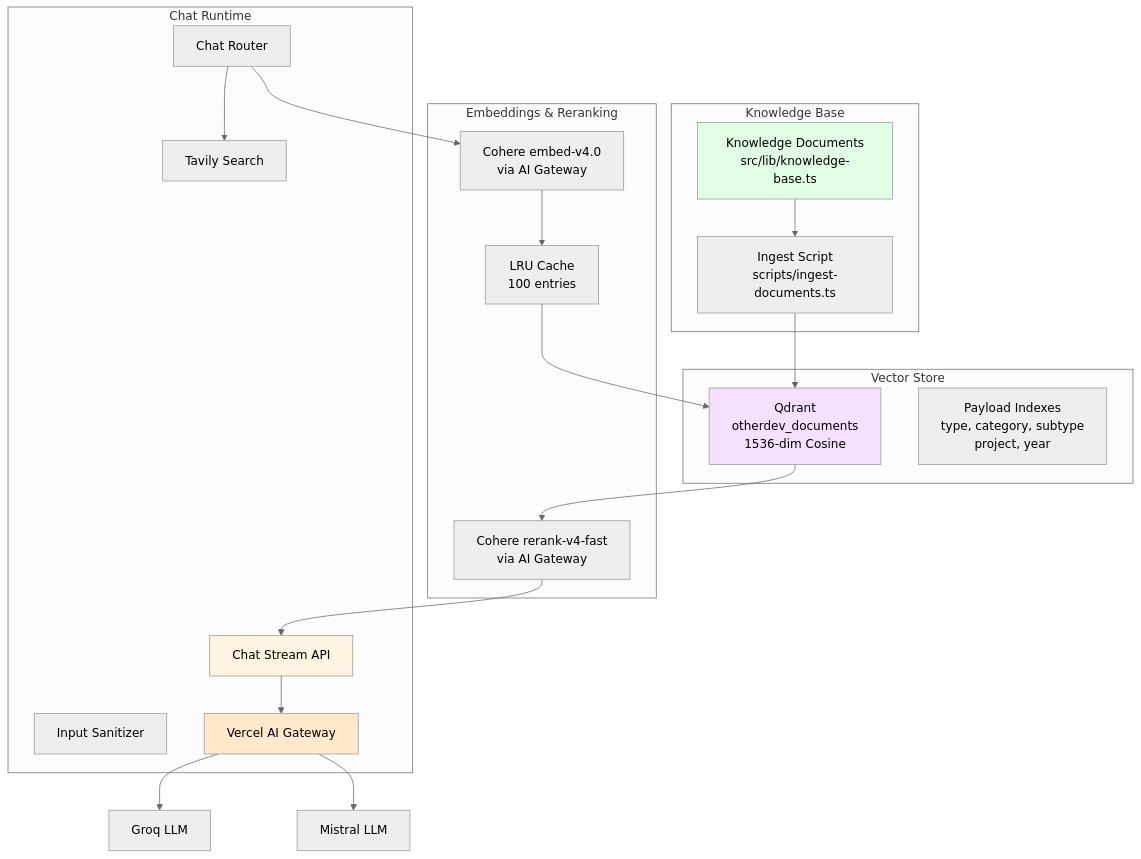
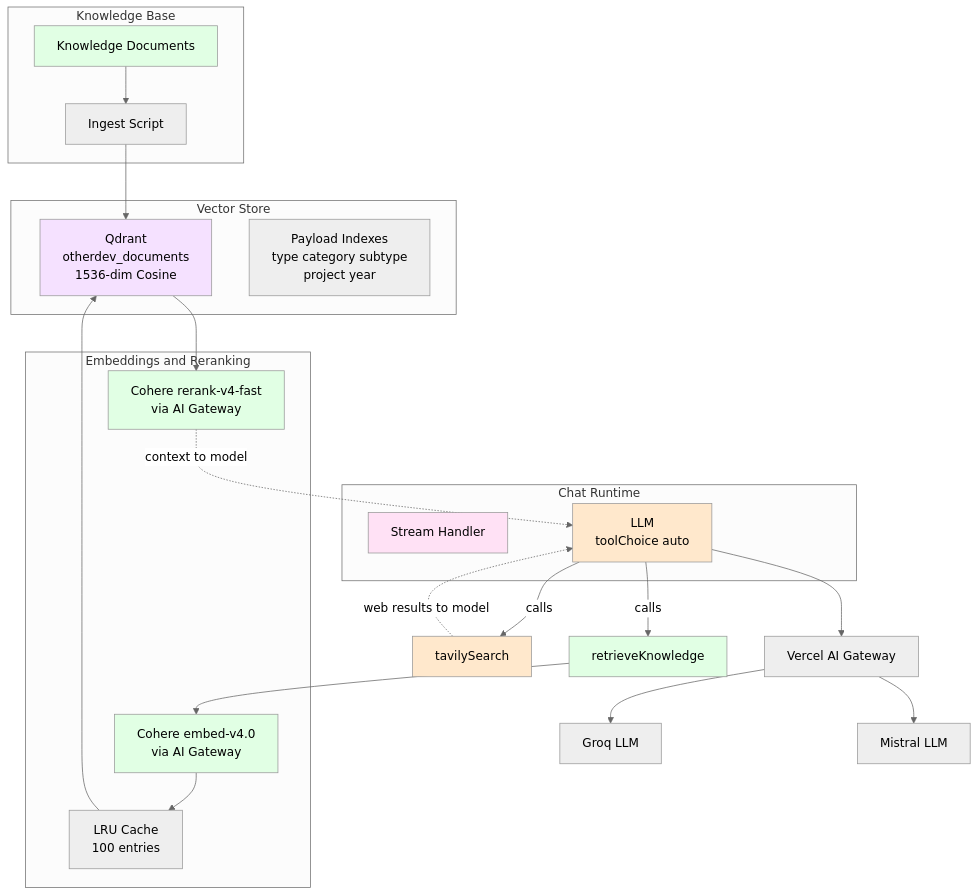
Before and after one commit to ossaidqadri/otherdev.web-02: the eighth of 11 diagrams in web/docs/ARCHITECTURE.md, drawn with Mermaid (neutral theme). The commit also changed other lines of this file, not shown here.

First line of the commit message:
docs: fix all RAG pipeline diagrams to match tool-driven architecture

````diff
--- a/web/docs/ARCHITECTURE.md
+++ b/web/docs/ARCHITECTURE.md
@@ -662,47 +672,50 @@
 ```mermaid
 graph TB
     subgraph "Knowledge Base"
-        KB[Knowledge Documents<br/>src/lib/knowledge-base.ts]
-        Ingest[Ingest Script<br/>scripts/ingest-documents.ts]
+        KB[Knowledge Documents]
+        Ingest[Ingest Script]
     end
 
     subgraph "Vector Store"
         Qdrant[Qdrant<br/>otherdev_documents<br/>1536-dim Cosine]
-        Payloads[Payload Indexes<br/>type, category, subtype<br/>project, year]
+        Payloads[Payload Indexes<br/>type category subtype<br/>project year]
     end
 
-    subgraph "Embeddings & Reranking"
+    subgraph "Embeddings and Reranking"
         CohereEmbed[Cohere embed-v4.0<br/>via AI Gateway]
+        LRUCache[LRU Cache<br/>100 entries]
         CohereRerank[Cohere rerank-v4-fast<br/>via AI Gateway]
-        LRUCache[LRU Cache<br/>100 entries]
     end
 
     subgraph "Chat Runtime"
-        API[Chat Stream API]
-        Router[Chat Router]
-        Sanitize[Input Sanitizer]
-        Gateway[Vercel AI Gateway]
-        Tavily[Tavily Search]
+        StreamHandler[Stream Handler]
+        LLM[LLM<br/>toolChoice auto]
     end
 
     KB --> Ingest
     Ingest --> Qdrant
 
-    Router --> CohereEmbed
+    LLM -->|calls| TK[retrieveKnowledge]
+    LLM -->|calls| TV[tavilySearch]
+
+    TK --> CohereEmbed
     CohereEmbed --> LRUCache
     LRUCache --> Qdrant
 
     Qdrant --> CohereRerank
-    CohereRerank --> API
+    CohereRerank -.->|context to model| LLM
+    TV -.->|web results to model| LLM
 
-    API --> Gateway
+    LLM --> Gateway[Vercel AI Gateway]
     Gateway --> GroqGroq[Groq LLM]
     Gateway --> Mistral[Mistral LLM]
 
-    Router --> Tavily
-
     style KB fill:#e1ffe4
+    style StreamHandler fill:#ffe1f5
+    style LLM fill:#ffe8cc
+    style TK fill:#e1ffe4
+    style TV fill:#ffe8cc
+    style CohereEmbed fill:#e1ffe4
+    style CohereRerank fill:#e1ffe4
     style Qdrant fill:#f5e1ff
-    style Gateway fill:#ffe8cc
-    style API fill:#fff4e1
 ```
````
